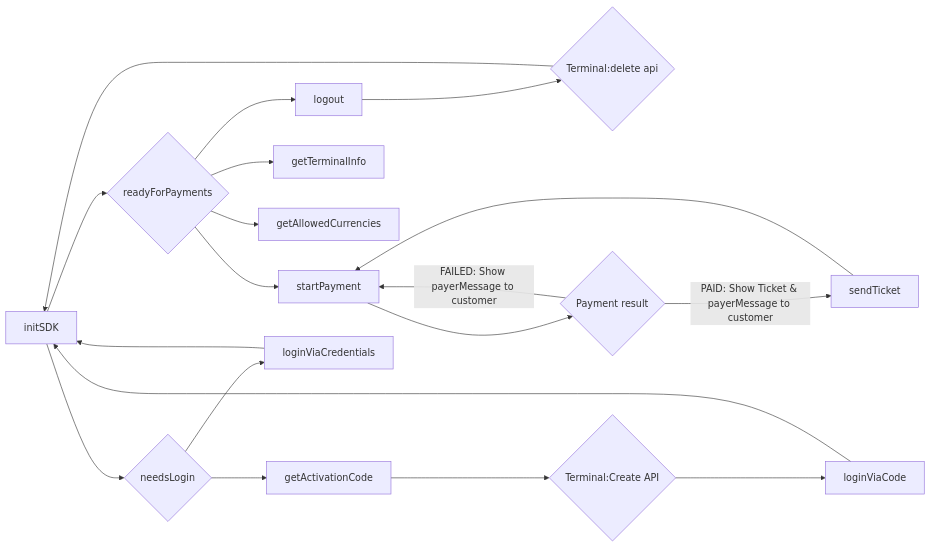
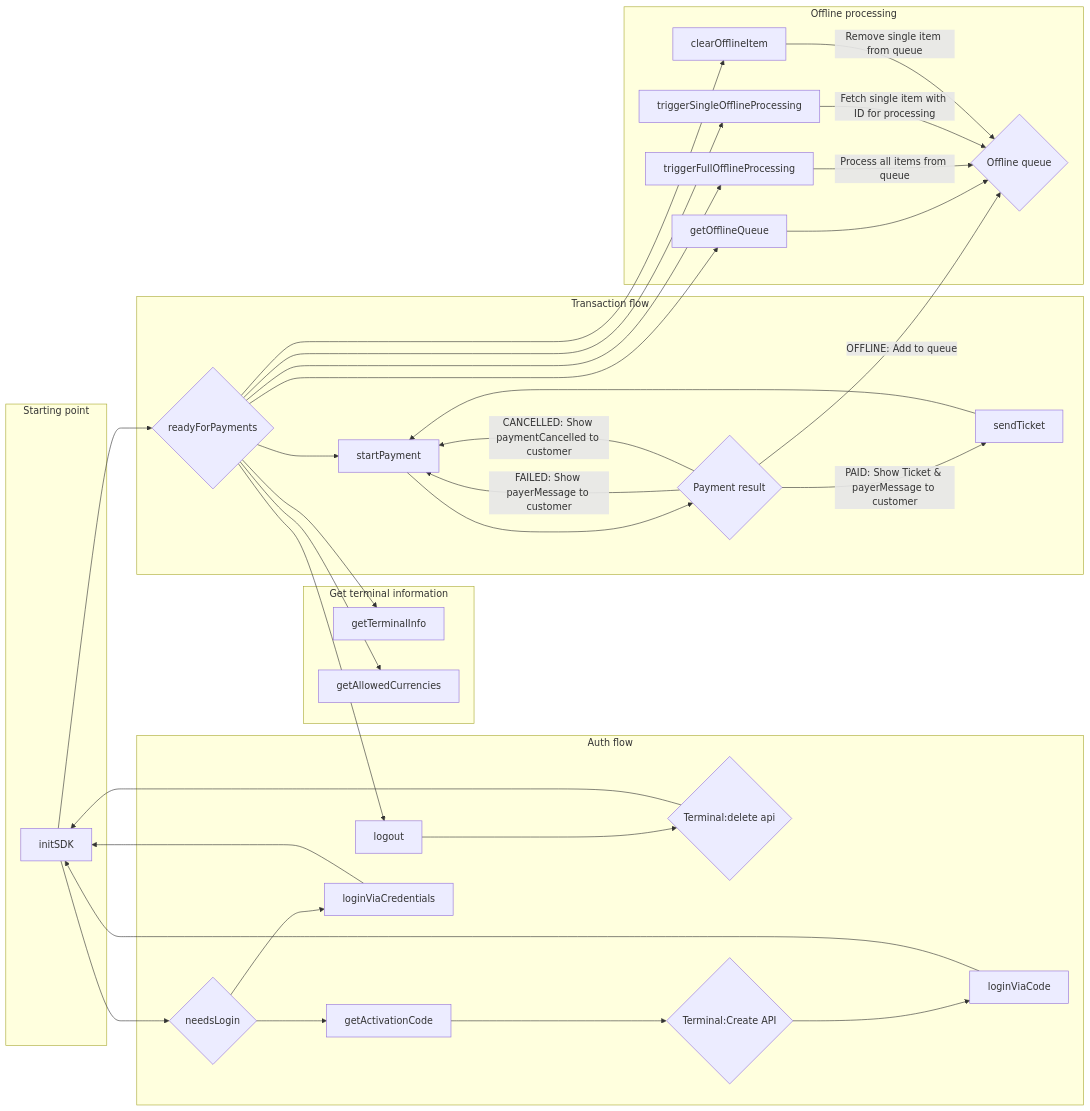
Before and after one commit to paynl/POS.SDK: the diagram in docs/sdk-android-softpos.md, drawn with Mermaid.

````diff
--- a/docs/sdk-android-softpos.md
+++ b/docs/sdk-android-softpos.md
@@ -112,21 +112,47 @@
 ```mermaid
 flowchart LR;
-  A[initSDK] --> B{readyForPayments}
-  A --> M{needsLogin}
-  B --> K[logout]
-  K --> L{Terminal:delete api}
-  L --> A
+  subgraph Starting point
+  A[initSDK]
+  end
+
+  subgraph Transaction flow
+  A --> B{readyForPayments}
   B --> F[startPayment]
   F --> H{Payment result}
   H --> |PAID: Show Ticket & payerMessage to customer| N
   N[sendTicket] --> F
   H --> |FAILED: Show payerMessage to customer| F
+  H --> |CANCELLED: Show paymentCancelled to customer| F
+  end
+
+  subgraph Get terminal information
   B --> I[getTerminalInfo]
   B --> J[getAllowedCurrencies]
+  end
+
+  subgraph Auth flow
+  A --> M{needsLogin}
+  B --> K[logout]
+  K --> L{Terminal:delete api}
+  L --> A
   M --> C[getActivationCode]
   C --> D{Terminal:Create API}
   D --> E[loginViaCode]
   E --> A
   M --> G[loginViaCredentials]
   G --> A
+
+  end
+
+  subgraph Offline processing
+  H -->|OFFLINE: Add to queue| O{Offline queue}
+  B --> P[getOfflineQueue]
+  P --> O
+  B --> Q[triggerFullOfflineProcessing]
+  Q -->|Process all items from queue| O
+  B --> R[triggerSingleOfflineProcessing]
+  R -->|Fetch single item with ID for processing| O
+  B --> S[clearOfflineItem]
+  S -->|Remove single item from queue| O
+  end
 ```
````
